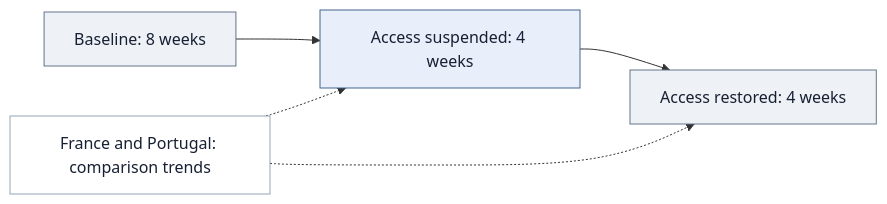
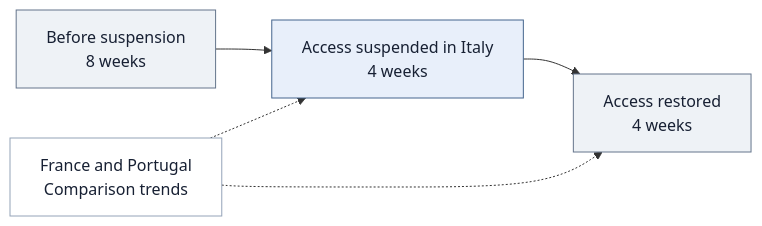
The diagram in README.md (SardarBonabi/developer-productivity-causal-inference), drawn with Mermaid before and after one commit. The commit also changed other lines of this file, not shown here.

````diff
--- a/README.md
+++ b/README.md
@@ -64,10 +41,10 @@
 ```mermaid
 flowchart LR
-    A["Baseline: 8 weeks"] --> B["Access suspended: 4 weeks"] --> C["Access restored: 4 weeks"]
-    D["France and Portugal: comparison trends"] -.-> B
+    A["Before suspension<br/>8 weeks"] --> B["Access suspended in Italy<br/>4 weeks"] --> C["Access restored<br/>4 weeks"]
+    D["France and Portugal<br/>Comparison trends"] -.-> B
     D -.-> C
     style A fill:#eef2f6,stroke:#64748b,color:#172033
     style B fill:#e8effa,stroke:#45658d,color:#172033
     style C fill:#eef2f6,stroke:#64748b,color:#172033
     style D fill:#ffffff,stroke:#94a3b8,color:#172033
 ```
````
